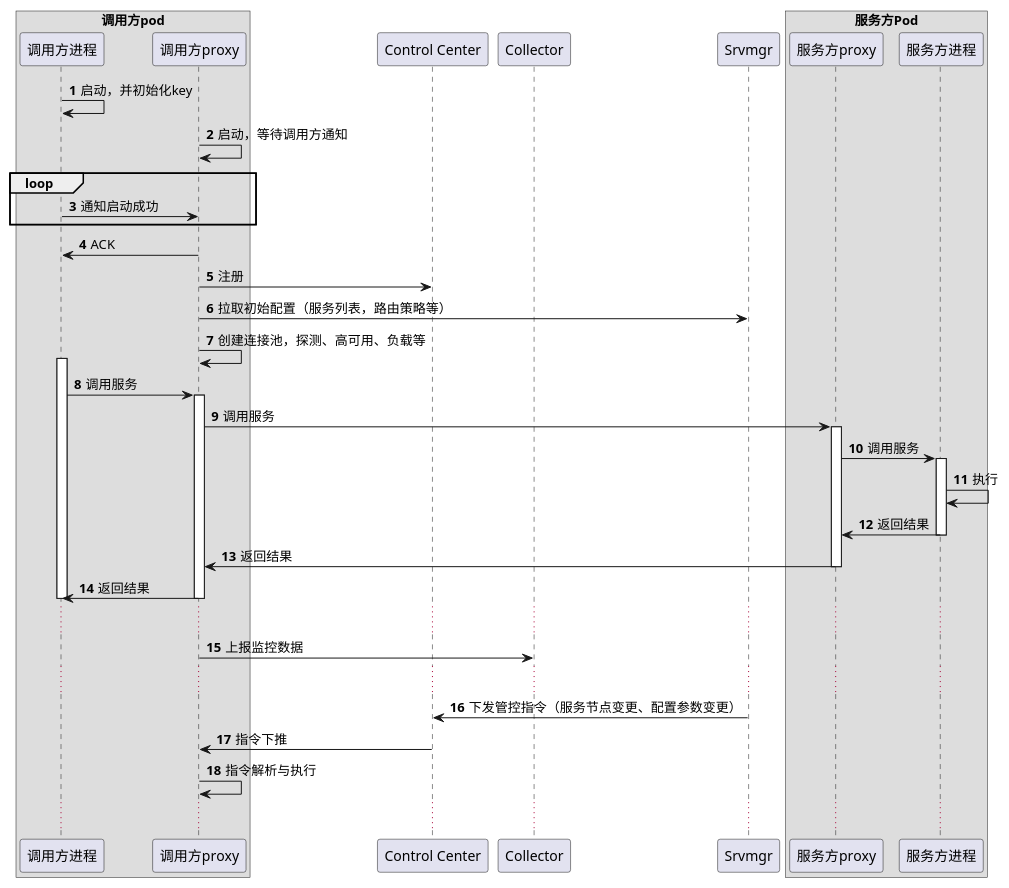
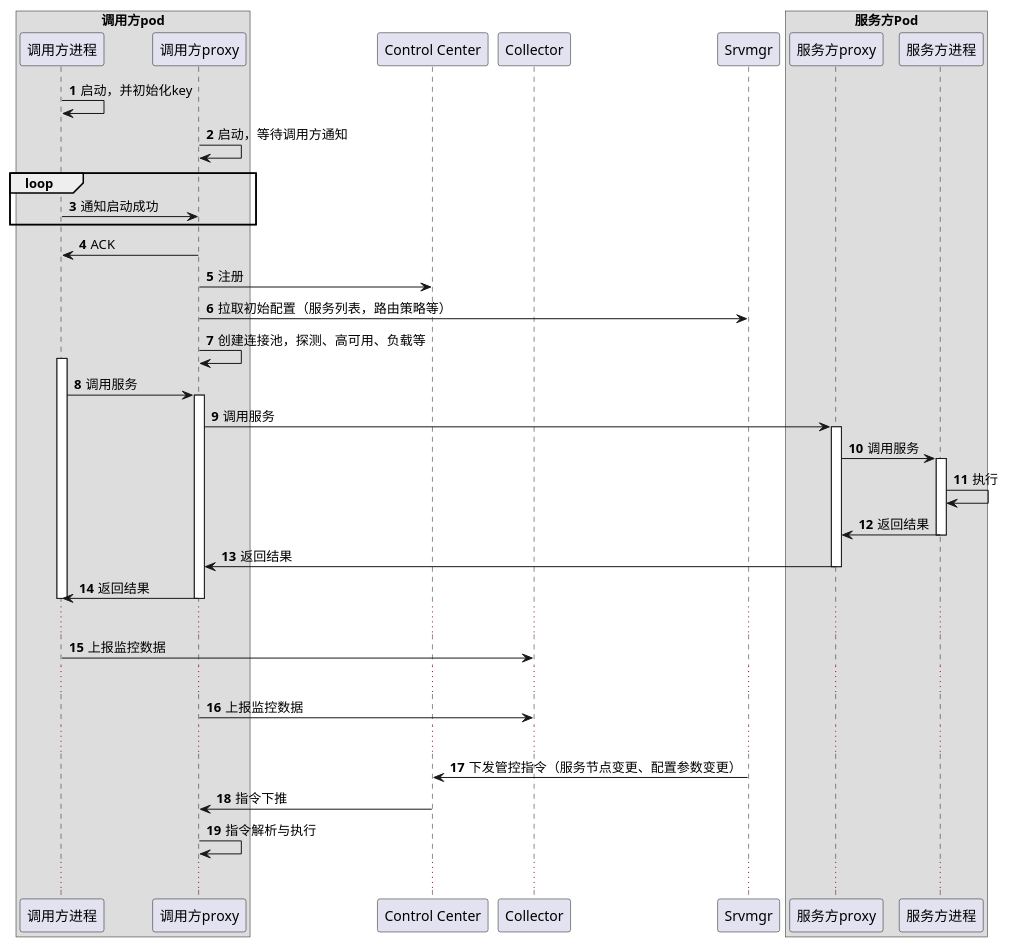
Before and after one commit to waterystone/adu-uml: the diagram in zz/zzmesh/client_timeline.puml, drawn with PlantUML. The commit also changed 1 other file, not shown here.

Commit message:
ADD:client&service 数据上报

```diff
--- a/zz/zzmesh/client_timeline.puml
+++ b/zz/zzmesh/client_timeline.puml
@@ -1,64 +1,67 @@
 @startuml
 
 box "调用方pod"
 participant 调用方进程 AS client
 participant 调用方proxy AS clientProxy
 end box
 
 participant "Control Center" AS controlCenter
 participant Collector AS collector
 participant Srvmgr AS srvmgr
 
 box "服务方Pod"
 participant 服务方proxy AS serviceProxy
 participant 服务方进程 AS service
 end box
 
 autonumber
 client -> client: 启动，并初始化key
 
 clientProxy -> clientProxy: 启动，等待调用方通知
 
 loop
 client -> clientProxy: 通知启动成功
 end
 clientProxy -> client: ACK
 
 clientProxy -> controlCenter: 注册
 
 clientProxy -> srvmgr: 拉取初始配置（服务列表，路由策略等）
 clientProxy -> clientProxy: 创建连接池，探测、高可用、负载等
 
 activate client
 client -> clientProxy: 调用服务
 
 activate clientProxy
 clientProxy -> serviceProxy: 调用服务
 
 activate serviceProxy
 serviceProxy -> service: 调用服务
 
 activate service
 service -> service: 执行
 service -> serviceProxy: 返回结果
 deactivate service
 
 serviceProxy -> clientProxy: 返回结果
 deactivate serviceProxy
 
 clientProxy -> client: 返回结果
 deactivate clientProxy
 
 
 deactivate client
 
 ......
+client -> collector: 上报监控数据
+
+......
 clientProxy -> collector: 上报监控数据
 
 ......
 srvmgr -> controlCenter: 下发管控指令（服务节点变更、配置参数变更）
 controlCenter -> clientProxy: 指令下推
 clientProxy -> clientProxy: 指令解析与执行
 ......
 
 @enduml
```
